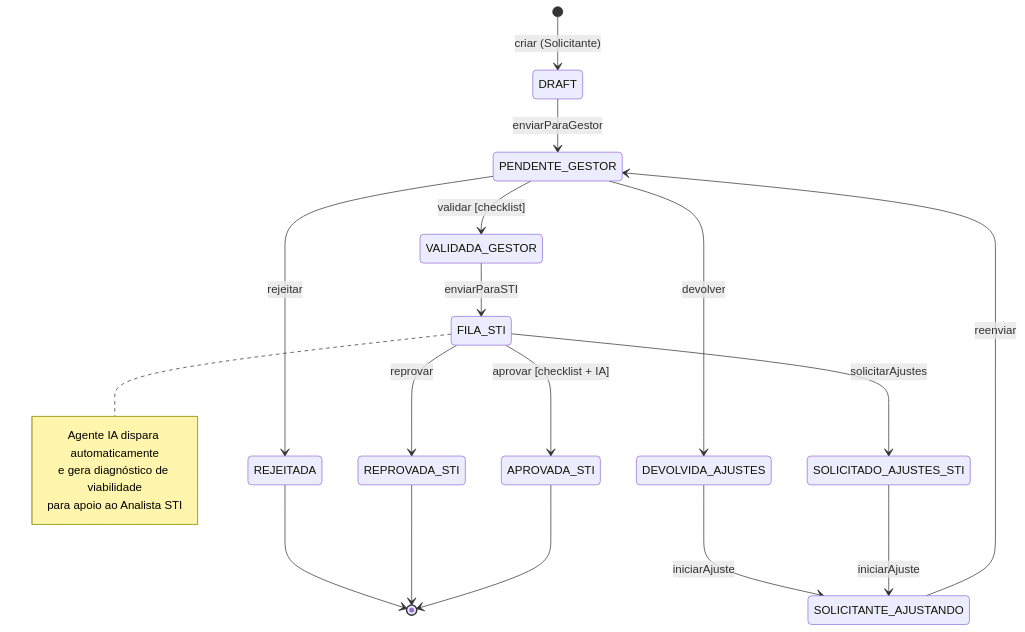
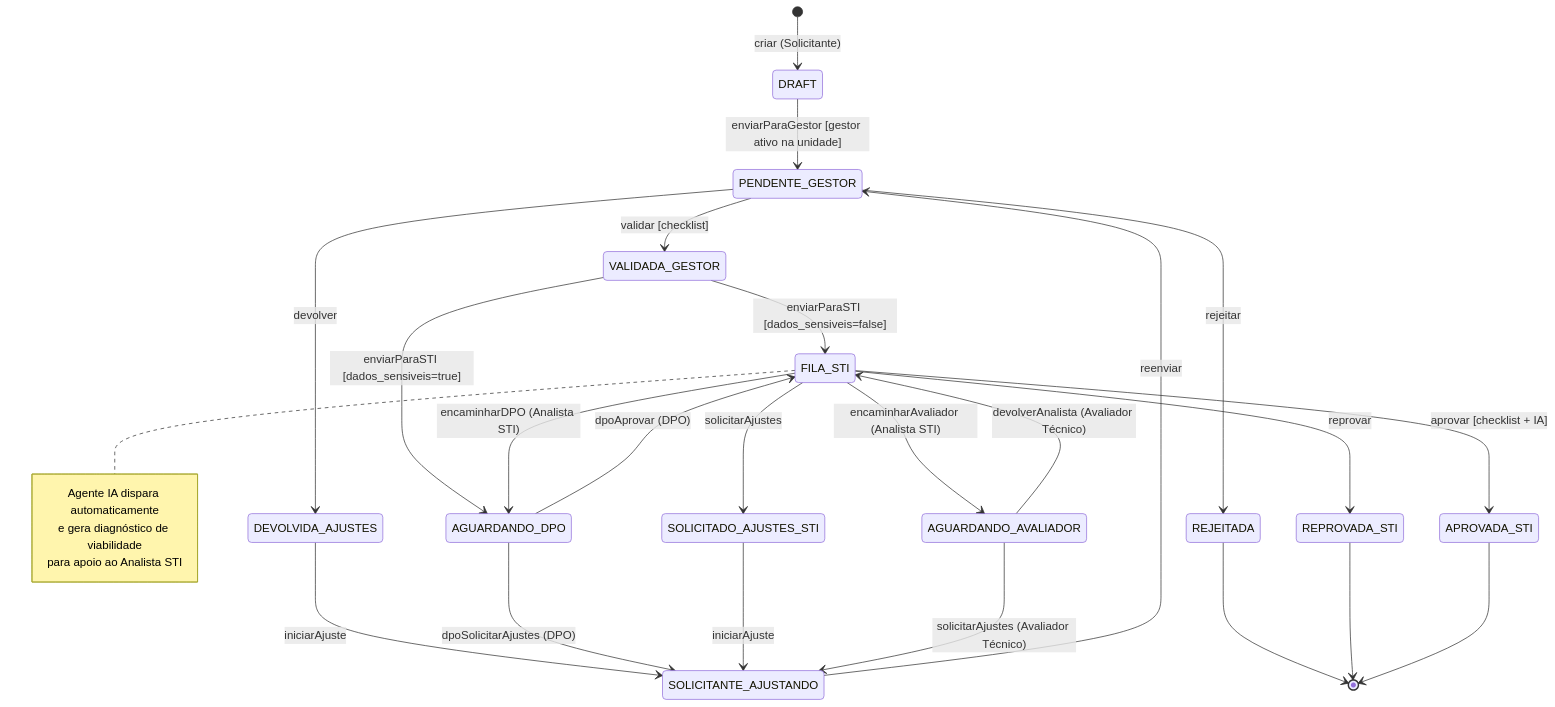
Before and after one commit to jalcoforado/agilize: the second of 5 diagrams in docs/FLUXO.md, drawn with Mermaid. The commit also changed other lines of this file and 121 other files, not shown here.

````diff
--- a/docs/FLUXO.md
+++ b/docs/FLUXO.md
@@ -26,31 +26,41 @@
 ```mermaid
 stateDiagram-v2
     [*] --> DRAFT : criar (Solicitante)
 
-    DRAFT --> PENDENTE_GESTOR : enviarParaGestor
+    DRAFT --> PENDENTE_GESTOR : enviarParaGestor [gestor ativo na unidade]
 
     PENDENTE_GESTOR --> VALIDADA_GESTOR : validar [checklist]
     PENDENTE_GESTOR --> DEVOLVIDA_AJUSTES : devolver
     PENDENTE_GESTOR --> REJEITADA : rejeitar
 
     DEVOLVIDA_AJUSTES --> SOLICITANTE_AJUSTANDO : iniciarAjuste
     SOLICITANTE_AJUSTANDO --> PENDENTE_GESTOR : reenviar
 
-    VALIDADA_GESTOR --> FILA_STI : enviarParaSTI
+    VALIDADA_GESTOR --> FILA_STI : enviarParaSTI [dados_sensiveis=false]
+    VALIDADA_GESTOR --> AGUARDANDO_DPO : enviarParaSTI [dados_sensiveis=true]
+
+    FILA_STI --> AGUARDANDO_DPO : encaminharDPO (Analista STI)
+
+    AGUARDANDO_DPO --> FILA_STI : dpoAprovar (DPO)
+    AGUARDANDO_DPO --> SOLICITANTE_AJUSTANDO : dpoSolicitarAjustes (DPO)
 
     FILA_STI --> APROVADA_STI : aprovar [checklist + IA]
     FILA_STI --> REPROVADA_STI : reprovar
     FILA_STI --> SOLICITADO_AJUSTES_STI : solicitarAjustes
+    FILA_STI --> AGUARDANDO_AVALIADOR : encaminharAvaliador (Analista STI)
 
     SOLICITADO_AJUSTES_STI --> SOLICITANTE_AJUSTANDO : iniciarAjuste
+
+    AGUARDANDO_AVALIADOR --> FILA_STI : devolverAnalista (Avaliador Técnico)
+    AGUARDANDO_AVALIADOR --> SOLICITANTE_AJUSTANDO : solicitarAjustes (Avaliador Técnico)
 
     note right of FILA_STI
         Agente IA dispara automaticamente
         e gera diagnóstico de viabilidade
         para apoio ao Analista STI
     end note
 
     REJEITADA --> [*]
     REPROVADA_STI --> [*]
     APROVADA_STI --> [*]
 ```
````
